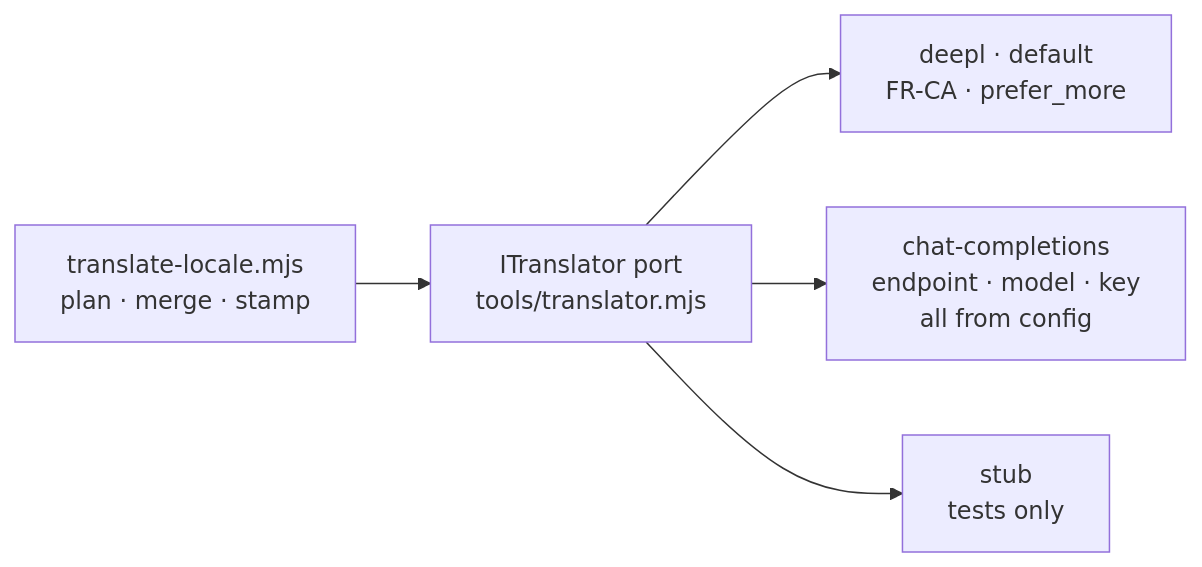
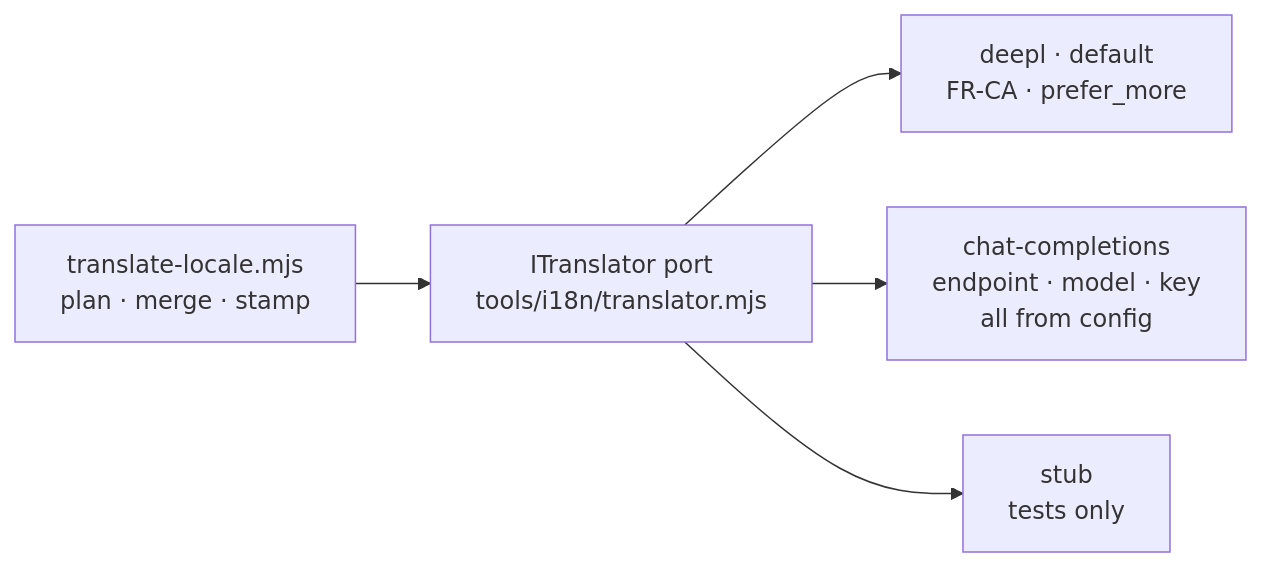
One commit to HPAC-Safety/safety-report changed the diagram in .spec/decisions/ADR-0022-translation-provider-is-configuration.md. Above: the diagram before and after it, drawn with Mermaid. The commit also changed other lines of this file and 368 other files, not shown here.

````diff
--- a/.spec/decisions/ADR-0022-translation-provider-is-configuration.md
+++ b/.spec/decisions/ADR-0022-translation-provider-is-configuration.md
@@ -62,7 +62,7 @@
 ```mermaid
 flowchart LR
-    cli["translate-locale.mjs<br/>plan · merge · stamp"] --> port["ITranslator port<br/>tools/translator.mjs"]
+    cli["translate-locale.mjs<br/>plan · merge · stamp"] --> port["ITranslator port<br/>tools/i18n/translator.mjs"]
     port --> dl["deepl · default<br/>FR-CA · prefer_more"]
     port --> cc["chat-completions<br/>endpoint · model · key<br/>all from config"]
     port --> stub["stub<br/>tests only"]
 ```
````
